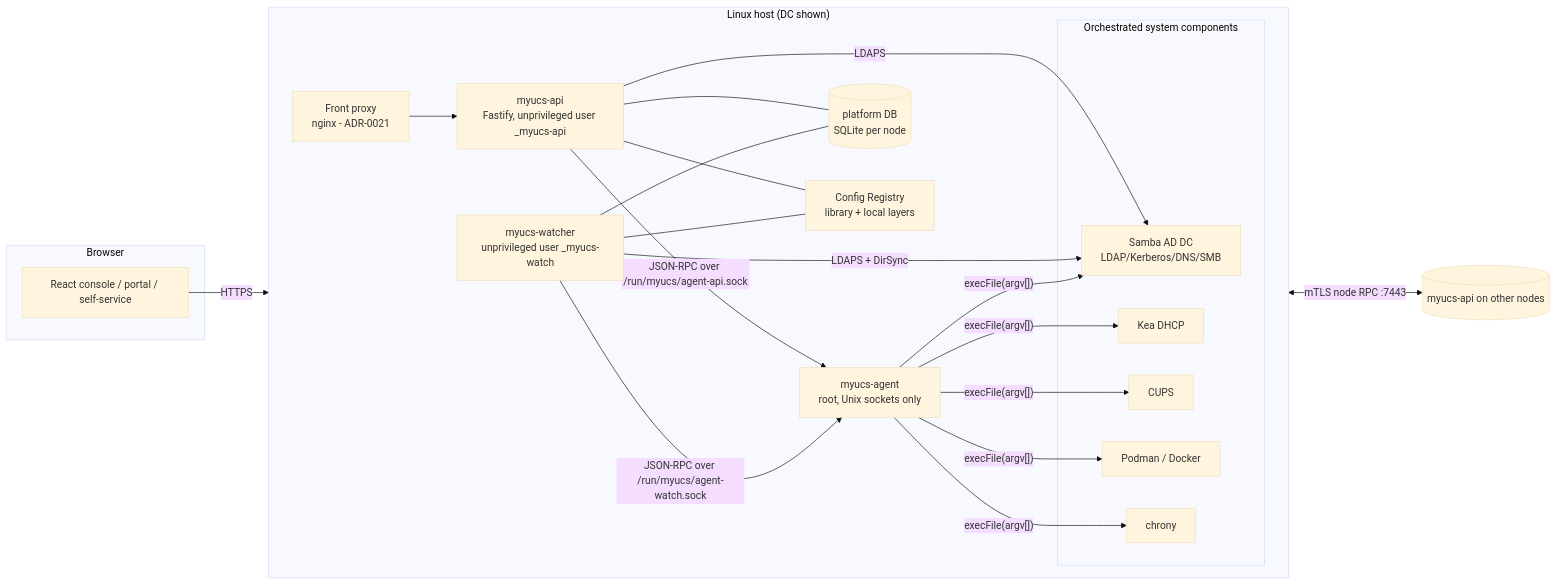
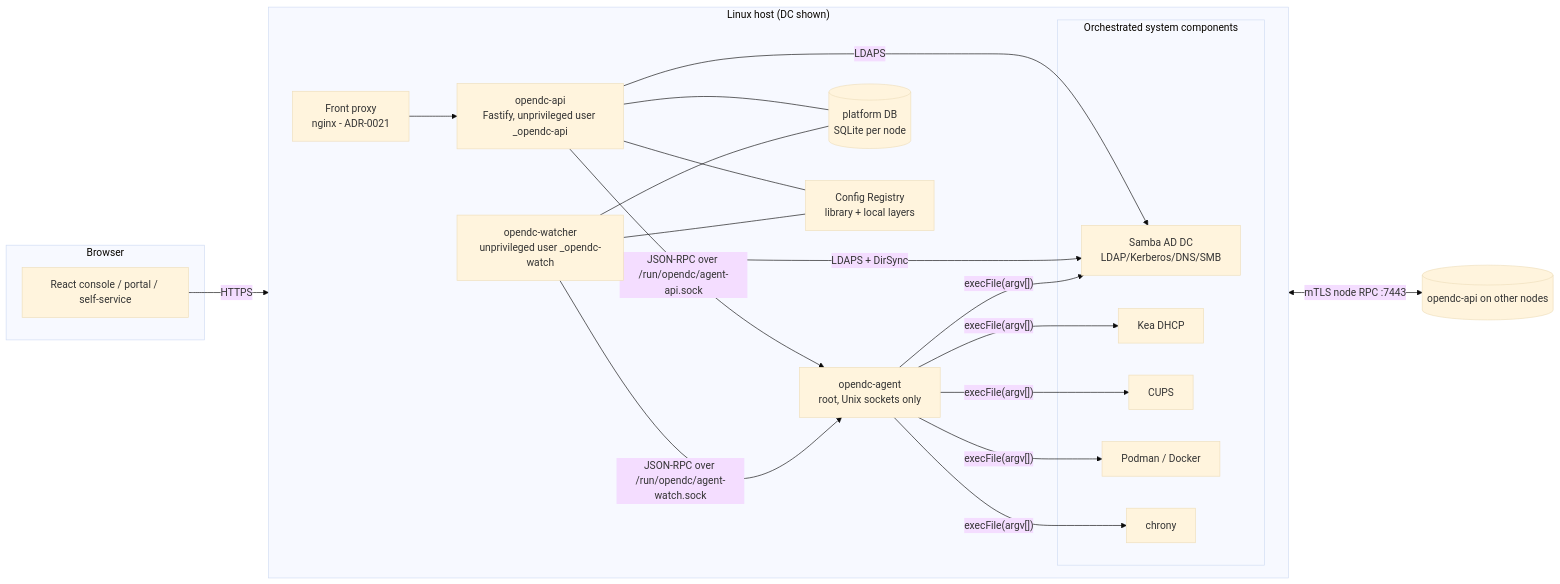
Before and after one commit to driterolulaj/openDC: the first of 5 diagrams in docs/ARCHITECTURE.md, drawn with Mermaid (base theme). The commit also changed other lines of this file and 42 other files, not shown here.

````diff
--- a/docs/ARCHITECTURE.md
+++ b/docs/ARCHITECTURE.md
@@ -34,33 +34,33 @@
 ```mermaid
 flowchart LR
   subgraph Browser
     UI[React console / portal / self-service]
   end
   subgraph Node["Linux host (DC shown)"]
     direction LR
     PROXY[Front proxy<br/>nginx - ADR-0021]
-    API["myucs-api<br/>Fastify, unprivileged user _myucs-api"]
-    WATCH["myucs-watcher<br/>unprivileged user _myucs-watch"]
-    AGENT["myucs-agent<br/>root, Unix sockets only"]
+    API["opendc-api<br/>Fastify, unprivileged user _opendc-api"]
+    WATCH["opendc-watcher<br/>unprivileged user _opendc-watch"]
+    AGENT["opendc-agent<br/>root, Unix sockets only"]
     DB[("platform DB<br/>SQLite per node")]
     REG["Config Registry<br/>library + local layers"]
     subgraph System["Orchestrated system components"]
       SAMBA[Samba AD DC<br/>LDAP/Kerberos/DNS/SMB]
       KEA[Kea DHCP]
       CUPS[CUPS]
       PODMAN[Podman / Docker]
       CHRONY[chrony]
     end
   end
   UI -- HTTPS --> PROXY --> API
   API -- LDAPS --> SAMBA
   WATCH -- LDAPS + DirSync --> SAMBA
-  API -- "JSON-RPC over /run/myucs/agent-api.sock" --> AGENT
-  WATCH -- "JSON-RPC over /run/myucs/agent-watch.sock" --> AGENT
+  API -- "JSON-RPC over /run/opendc/agent-api.sock" --> AGENT
+  WATCH -- "JSON-RPC over /run/opendc/agent-watch.sock" --> AGENT
   API --- DB
   WATCH --- DB
   API --- REG
   WATCH --- REG
   AGENT -- "execFile(argv[])" --> SAMBA & KEA & CUPS & PODMAN & CHRONY
-  API <-- "mTLS node RPC :7443" --> OTHER[("myucs-api on other nodes")]
+  API <-- "mTLS node RPC :7443" --> OTHER[("opendc-api on other nodes")]
 ```
````
